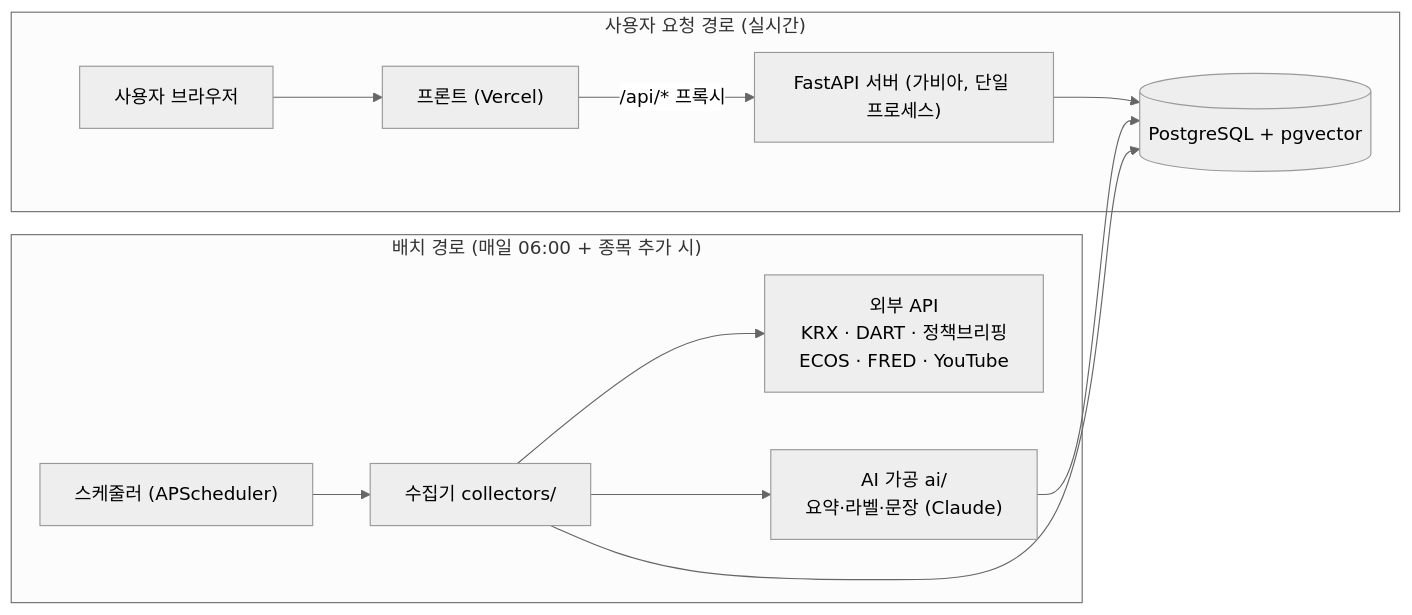
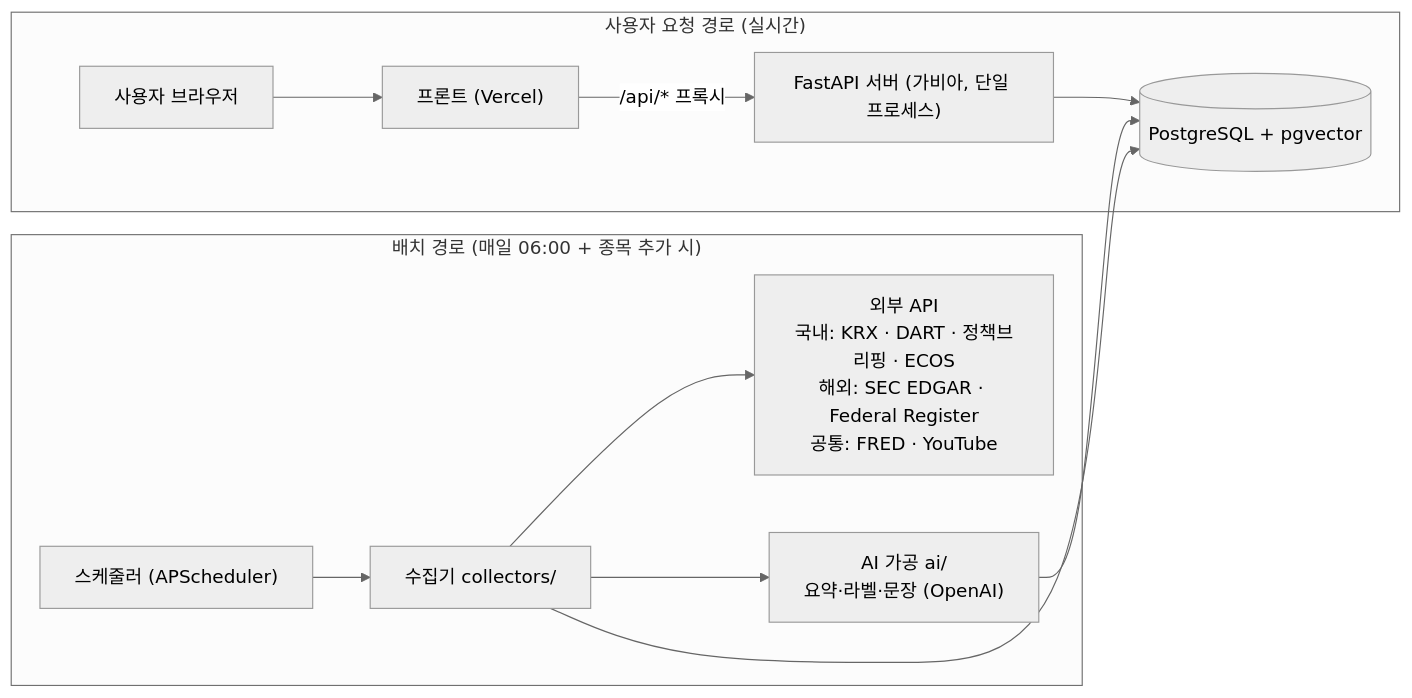
Before and after one commit to Likelion-YeungNam-Univ/14th-lightning-ai: the first of 3 diagrams in docs/시스템아키텍처.md, drawn with Mermaid (neutral theme). The commit also changed other lines of this file and 11 other files, not shown here.

````diff
--- a/docs/시스템아키텍처.md
+++ b/docs/시스템아키텍처.md
@@ -11,16 +11,16 @@
 ```mermaid
 flowchart LR
     subgraph USER["사용자 요청 경로 (실시간)"]
         U[사용자 브라우저] --> V["프론트 (Vercel)"]
         V -->|"/api/* 프록시"| API["FastAPI 서버 (가비아, 단일 프로세스)"]
         API --> DB[("PostgreSQL + pgvector")]
     end
 
     subgraph BATCH["배치 경로 (매일 06:00 + 종목 추가 시)"]
         SCH["스케줄러 (APScheduler)"] --> COL["수집기 collectors/"]
-        COL --> EXT["외부 API<br/>KRX · DART · 정책브리핑<br/>ECOS · FRED · YouTube"]
-        COL --> AI["AI 가공 ai/<br/>요약·라벨·문장 (Claude)"]
+        COL --> EXT["외부 API<br/>국내: KRX · DART · 정책브리핑 · ECOS<br/>해외: SEC EDGAR · Federal Register<br/>공통: FRED · YouTube"]
+        COL --> AI["AI 가공 ai/<br/>요약·라벨·문장 (OpenAI)"]
         AI --> DB
         COL --> DB
     end
 ```
````
